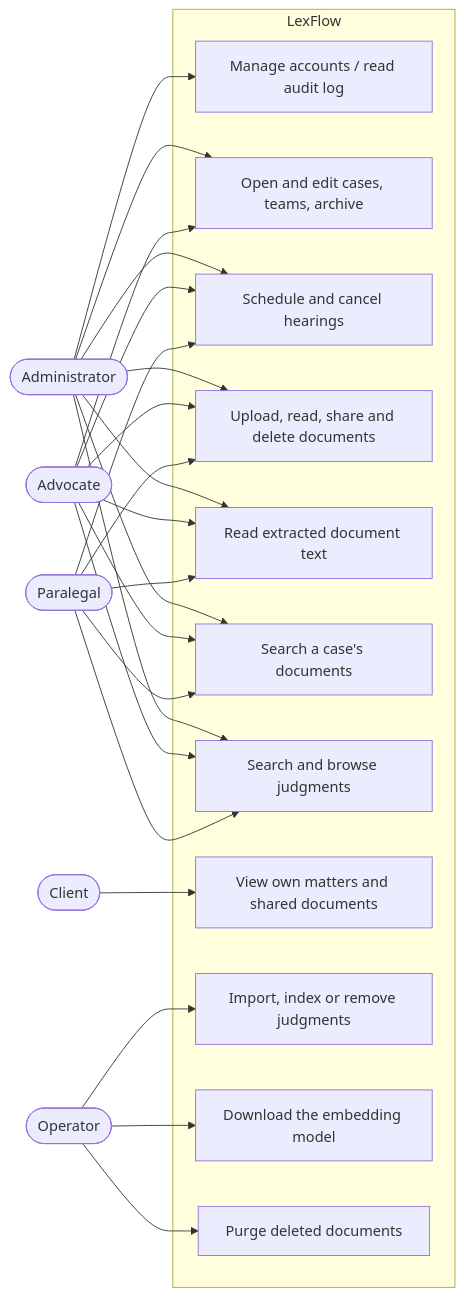
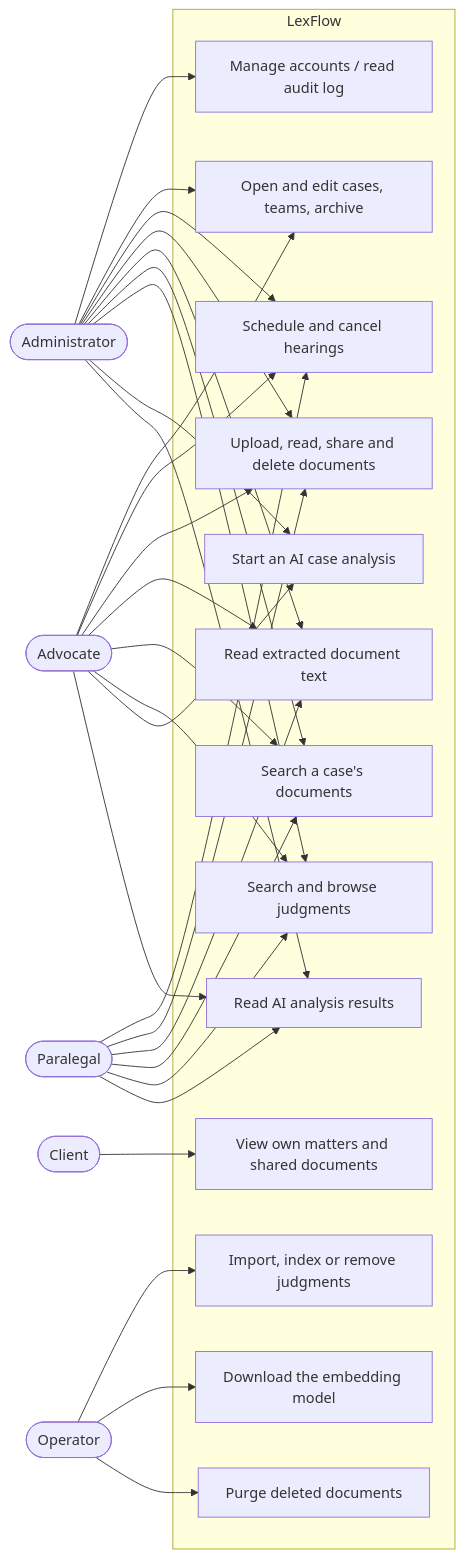
One commit to Aryan-Goyal30/LexFlow changed the first of 6 diagrams in docs/ARCHITECTURE.md. Above: the diagram before and after it, drawn with Mermaid. The commit also changed other lines of this file and 13 other files, not shown here.

First line of the commit message:
Phase 5 M7: verification, mutation checks, ADR 0019, SRS/architecture

````diff
--- a/docs/ARCHITECTURE.md
+++ b/docs/ARCHITECTURE.md
@@ -27,26 +31,28 @@
 ```mermaid
 flowchart LR
   admin([Administrator])
   adv([Advocate])
   para([Paralegal])
   client([Client])
   op([Operator])
   subgraph LexFlow
     uc1[Manage accounts / read audit log]
     uc2[Open and edit cases, teams, archive]
     uc3[Schedule and cancel hearings]
     uc4[Upload, read, share and delete documents]
     uc5[Read extracted document text]
     uc6[Search a case's documents]
     uc7[Search and browse judgments]
     uc8[View own matters and shared documents]
     uc9[Import, index or remove judgments]
     uc10[Download the embedding model]
     uc11[Purge deleted documents]
+    uc12[Start an AI case analysis]
+    uc13[Read AI analysis results]
   end
-  admin --> uc1 & uc2 & uc3 & uc4 & uc5 & uc6 & uc7
-  adv --> uc2 & uc3 & uc4 & uc5 & uc6 & uc7
-  para --> uc3 & uc4 & uc5 & uc6 & uc7
+  admin --> uc1 & uc2 & uc3 & uc4 & uc5 & uc6 & uc7 & uc12 & uc13
+  adv --> uc2 & uc3 & uc4 & uc5 & uc6 & uc7 & uc12 & uc13
+  para --> uc3 & uc4 & uc5 & uc6 & uc7 & uc13
   client --> uc8
   op --> uc9 & uc10 & uc11
 ```
````
